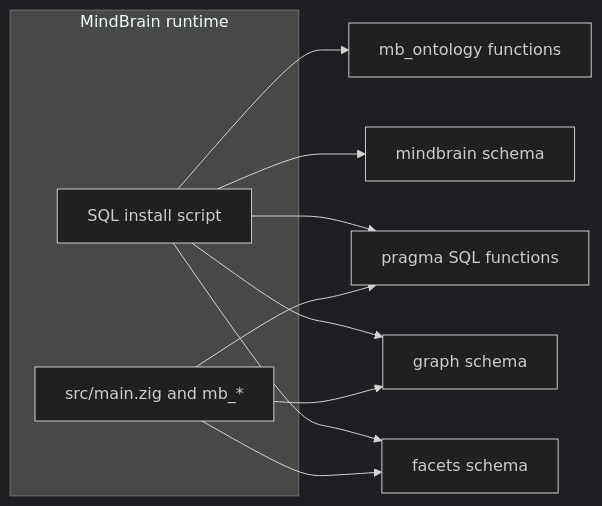
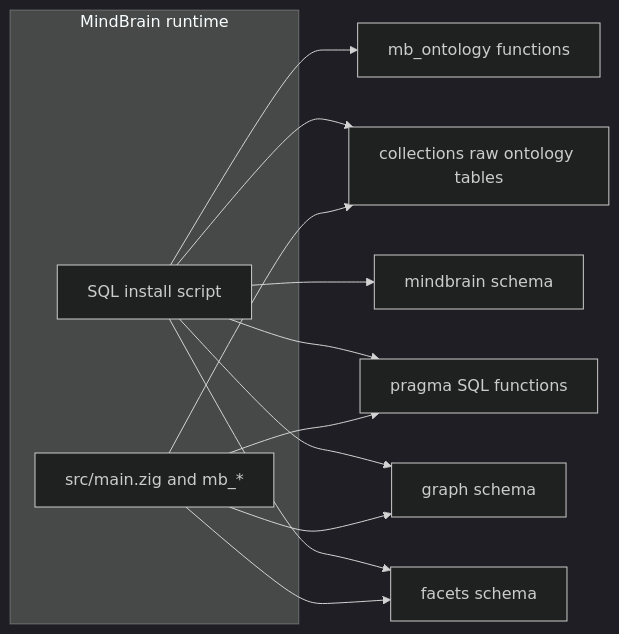
One commit to mindflight-orchestrator/mindbrain-perso changed the diagram in docs/overview.md. Above: the diagram before and after it, drawn with Mermaid (dark theme). The commit also changed other lines of this file and 6 other files, not shown here.

````diff
--- a/docs/overview.md
+++ b/docs/overview.md
@@ -19,15 +37,17 @@
 ```mermaid
 flowchart LR
   subgraph runtime [MindBrain runtime]
     SQL[SQL install script]
     Zig[src/main.zig and mb_*]
   end
   SQL --> facetsSch[facets schema]
   SQL --> graphSch[graph schema]
   SQL --> mindbrainSch[mindbrain schema]
   SQL --> pragmaFn[pragma SQL functions]
   SQL --> ontoSch[mb_ontology functions]
+  SQL --> rawOnt[collections raw ontology tables]
   Zig --> facetsSch
   Zig --> graphSch
   Zig --> pragmaFn
+  Zig --> rawOnt
 ```
````
